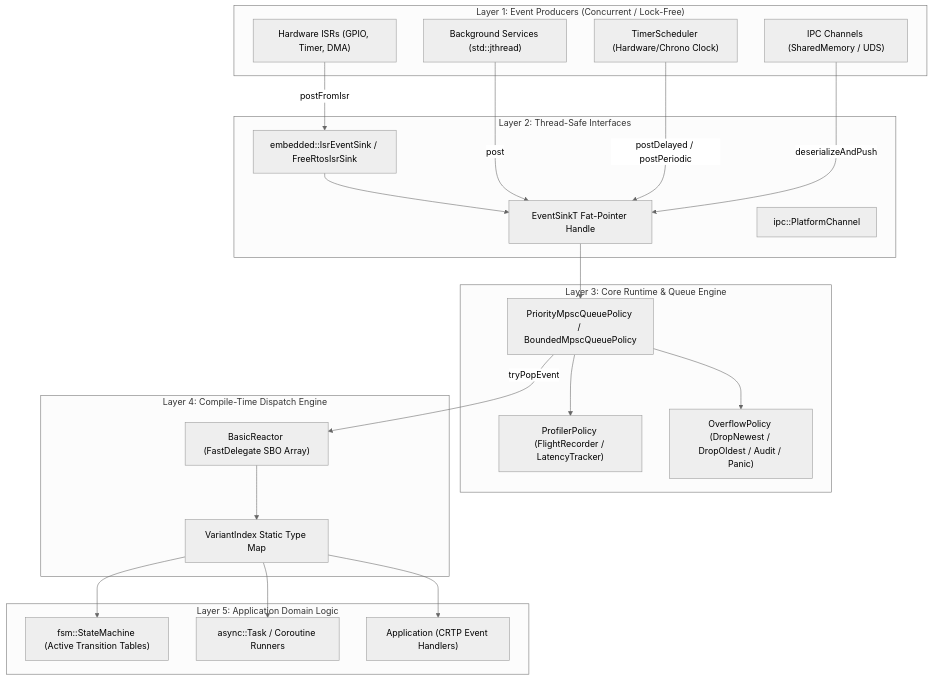
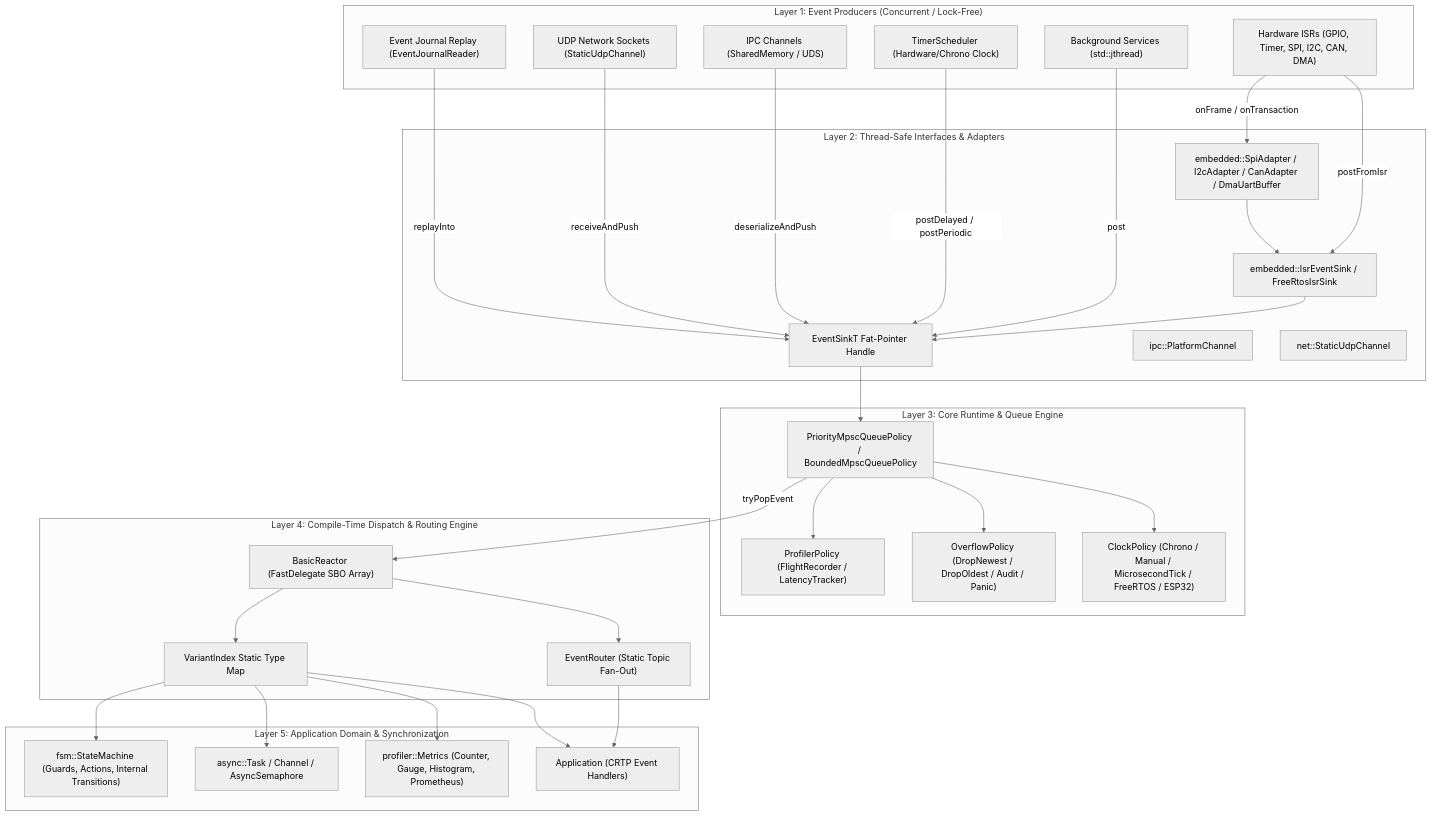
The first of 2 diagrams in docs/ARCHITECTURE.md (simoneCavalleri/corium), drawn with Mermaid (neutral theme) before and after one commit. The commit also changed other lines of this file and 4 other files, not shown here.

Commit message:
docs: comprehensive documentation update for all v1.1.0 modules (EventJournal, SPI/I2C/CAN/DMA, UDP, Async Channel/Semaphore, Prometheus, EventRouter, FSM Guards)

````diff
--- a/docs/ARCHITECTURE.md
+++ b/docs/ARCHITECTURE.md
@@ -23,47 +23,62 @@
 ```mermaid
 flowchart TD
     subgraph Producers ["Layer 1: Event Producers (Concurrent / Lock-Free)"]
-        ISR["Hardware ISRs (GPIO, Timer, DMA)"]
+        ISR["Hardware ISRs (GPIO, Timer, SPI, I2C, CAN, DMA)"]
         Worker["Background Services (std::jthread)"]
         Timers["TimerScheduler (Hardware/Chrono Clock)"]
         IPC_In["IPC Channels (SharedMemory / UDS)"]
+        UDP_In["UDP Network Sockets (StaticUdpChannel)"]
+        Journal_In["Event Journal Replay (EventJournalReader)"]
     end
 
-    subgraph Interface ["Layer 2: Thread-Safe Interfaces"]
+    subgraph Interface ["Layer 2: Thread-Safe Interfaces & Adapters"]
         IsrSink["embedded::IsrEventSink / FreeRtosIsrSink"]
+        BusAdapters["embedded::SpiAdapter / I2cAdapter / CanAdapter / DmaUartBuffer"]
         EventSink["EventSinkT Fat-Pointer Handle"]
         PlatformChan["ipc::PlatformChannel"]
+        UdpChan["net::StaticUdpChannel"]
     end
 
     subgraph RuntimeEngine ["Layer 3: Core Runtime & Queue Engine"]
         Queue["PriorityMpscQueuePolicy / BoundedMpscQueuePolicy"]
         Profiler["ProfilerPolicy (FlightRecorder / LatencyTracker)"]
         Overflow["OverflowPolicy (DropNewest / DropOldest / Audit / Panic)"]
+        Clock["ClockPolicy (Chrono / Manual / MicrosecondTick / FreeRTOS / ESP32)"]
     end
 
-    subgraph Dispatcher ["Layer 4: Compile-Time Dispatch Engine"]
+    subgraph Dispatcher ["Layer 4: Compile-Time Dispatch & Routing Engine"]
         Reactor["BasicReactor (FastDelegate SBO Array)"]
+        Router["EventRouter (Static Topic Fan-Out)"]
         VariantIdx["VariantIndex Static Type Map"]
     end
 
-    subgraph Domain ["Layer 5: Application Domain Logic"]
-        FSM["fsm::StateMachine (Active Transition Tables)"]
-        Async["async::Task / Coroutine Runners"]
+    subgraph Domain ["Layer 5: Application Domain & Synchronization"]
+        FSM["fsm::StateMachine (Guards, Actions, Internal Transitions)"]
+        Async["async::Task / Channel / AsyncSemaphore"]
+        Metrics["profiler::Metrics (Counter, Gauge, Histogram, Prometheus)"]
         App["Application<Derived> (CRTP Event Handlers)"]
     end
 
     ISR -->|postFromIsr| IsrSink
+    ISR -->|onFrame / onTransaction| BusAdapters
+    BusAdapters --> IsrSink
     IsrSink --> EventSink
     Worker -->|post| EventSink
     Timers -->|postDelayed / postPeriodic| EventSink
     IPC_In -->|deserializeAndPush| EventSink
+    UDP_In -->|receiveAndPush| EventSink
+    Journal_In -->|replayInto| EventSink
 
     EventSink --> Queue
     Queue --> Profiler
     Queue --> Overflow
+    Queue --> Clock
     Queue -->|tryPopEvent| Reactor
     Reactor --> VariantIdx
+    Reactor --> Router
+    Router --> App
     VariantIdx --> App
     VariantIdx --> FSM
     VariantIdx --> Async
+    VariantIdx --> Metrics
 ```
````
